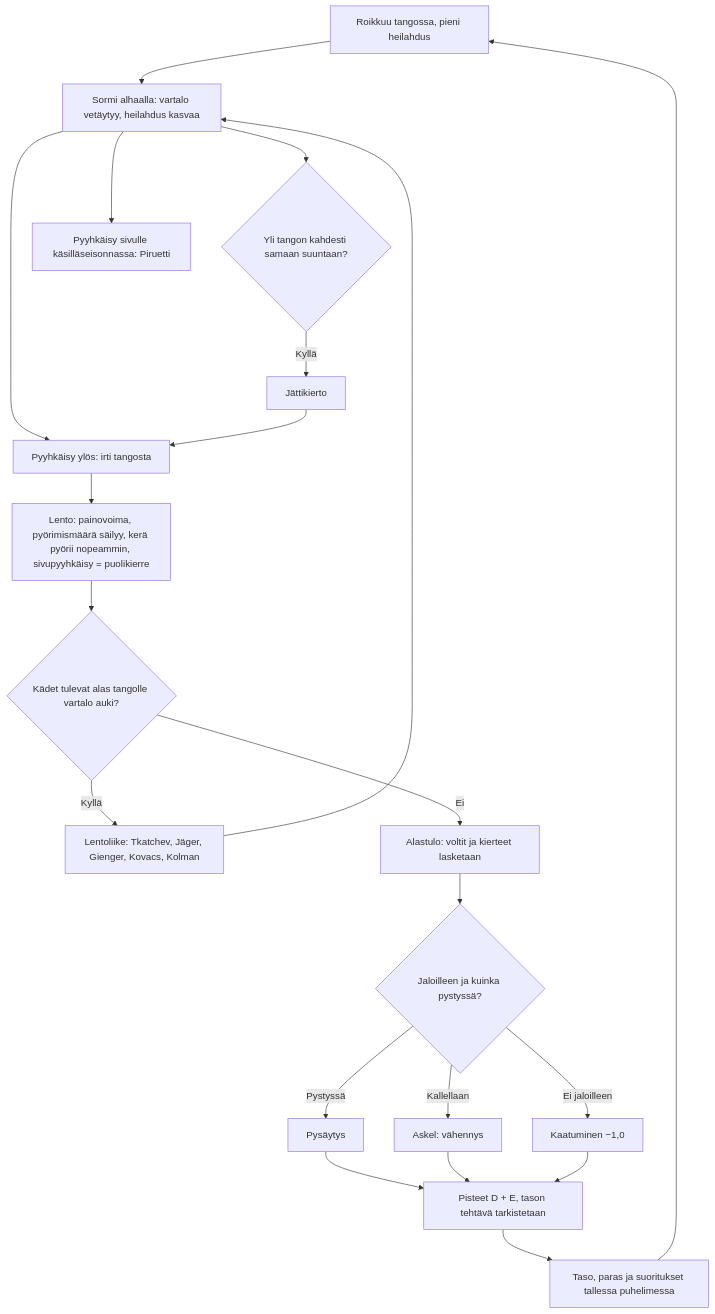
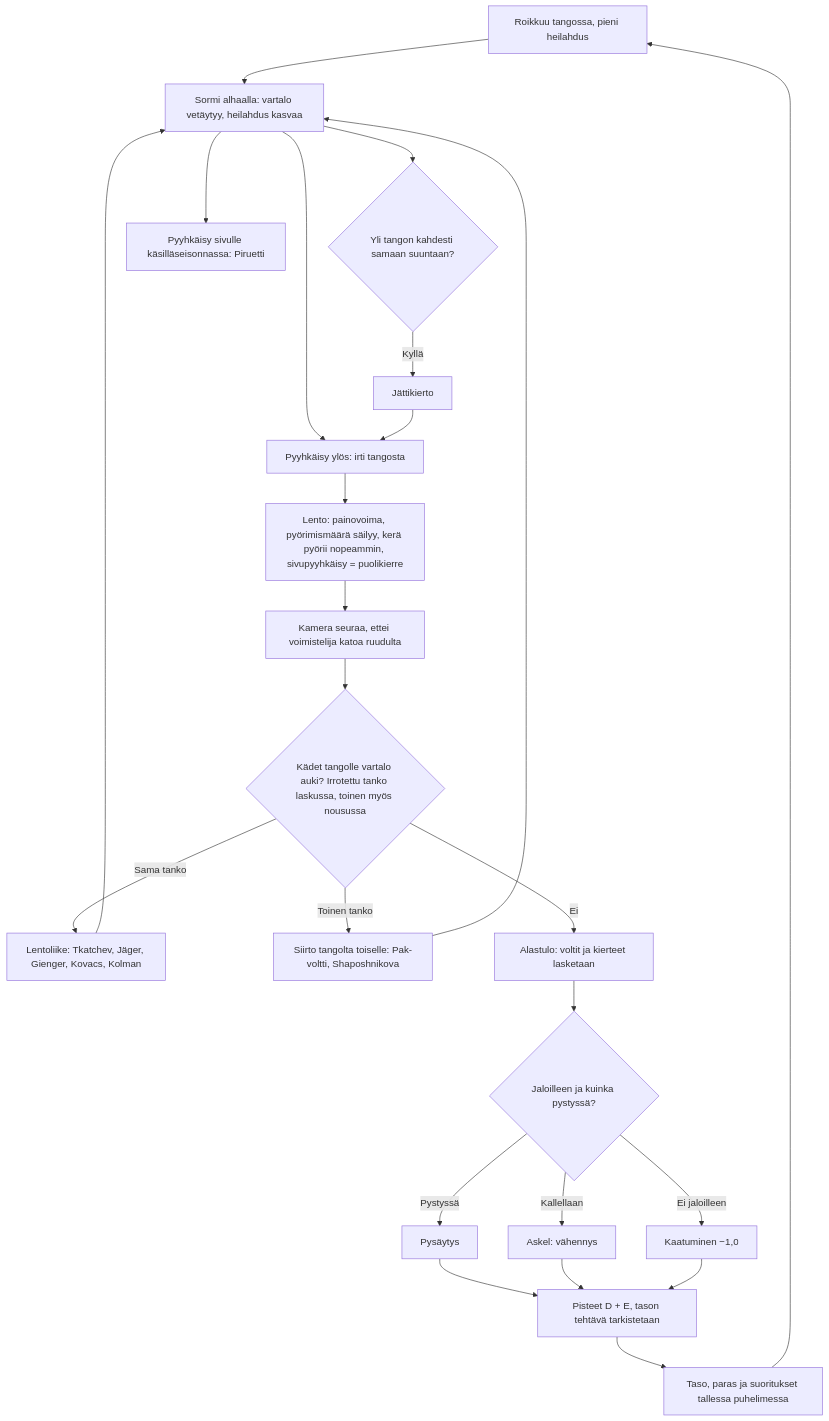
Before and after one commit to eerovil/ai-pelit: the diagram in docs/diagrams/voimistelu.md, drawn with Mermaid. The commit also changed other lines of this file and 3 other files, not shown here.

````diff
--- a/docs/diagrams/voimistelu.md
+++ b/docs/diagrams/voimistelu.md
@@ -10,28 +10,31 @@
 ```mermaid
 flowchart TD
   A[Roikkuu tangossa, pieni heilahdus] --> B[Sormi alhaalla: vartalo vetäytyy, heilahdus kasvaa]
   B --> C{Yli tangon kahdesti samaan suuntaan?}
   C -- Kyllä --> D[Jättikierto]
   B --> P[Pyyhkäisy sivulle käsilläseisonnassa: Piruetti]
   B --> E[Pyyhkäisy ylös: irti tangosta]
   D --> E
   E --> F[Lento: painovoima, pyörimismäärä säilyy, kerä pyörii nopeammin, sivupyyhkäisy = puolikierre]
-  F --> G{Kädet tulevat alas tangolle vartalo auki?}
-  G -- Kyllä --> H[Lentoliike: Tkatchev, Jäger, Gienger, Kovacs, Kolman]
+  F --> R[Kamera seuraa, ettei voimistelija katoa ruudulta]
+  R --> G{Kädet tangolle vartalo auki? Irrotettu tanko laskussa, toinen myös nousussa}
+  G -- Sama tanko --> H[Lentoliike: Tkatchev, Jäger, Gienger, Kovacs, Kolman]
+  G -- Toinen tanko --> Q[Siirto tangolta toiselle: Pak-voltti, Shaposhnikova]
   H --> B
+  Q --> B
   G -- Ei --> I[Alastulo: voltit ja kierteet lasketaan]
   I --> J{Jaloilleen ja kuinka pystyssä?}
   J -- Pystyssä --> K[Pysäytys]
   J -- Kallellaan --> L[Askel: vähennys]
   J -- Ei jaloilleen --> M[Kaatuminen −1,0]
   K --> N[Pisteet D + E, tason tehtävä tarkistetaan]
   L --> N
   M --> N
   N --> O[Taso, paras ja suoritukset tallessa puhelimessa]
   O --> A
   class A,B,E,P blue
   class C,G,J amber
-  class F teal
-  class D,H,I,K,N,O green
+  class F,R teal
+  class D,H,I,K,N,O,Q green
   class L,M rose
 ```
````
